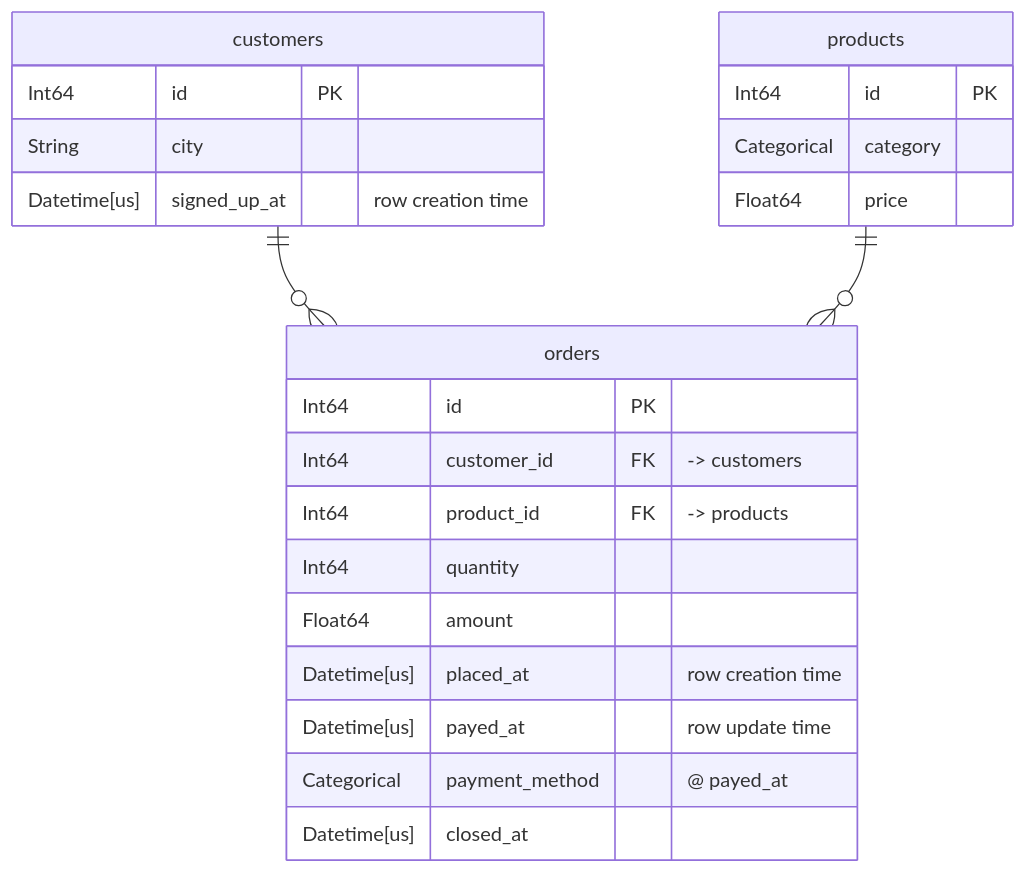
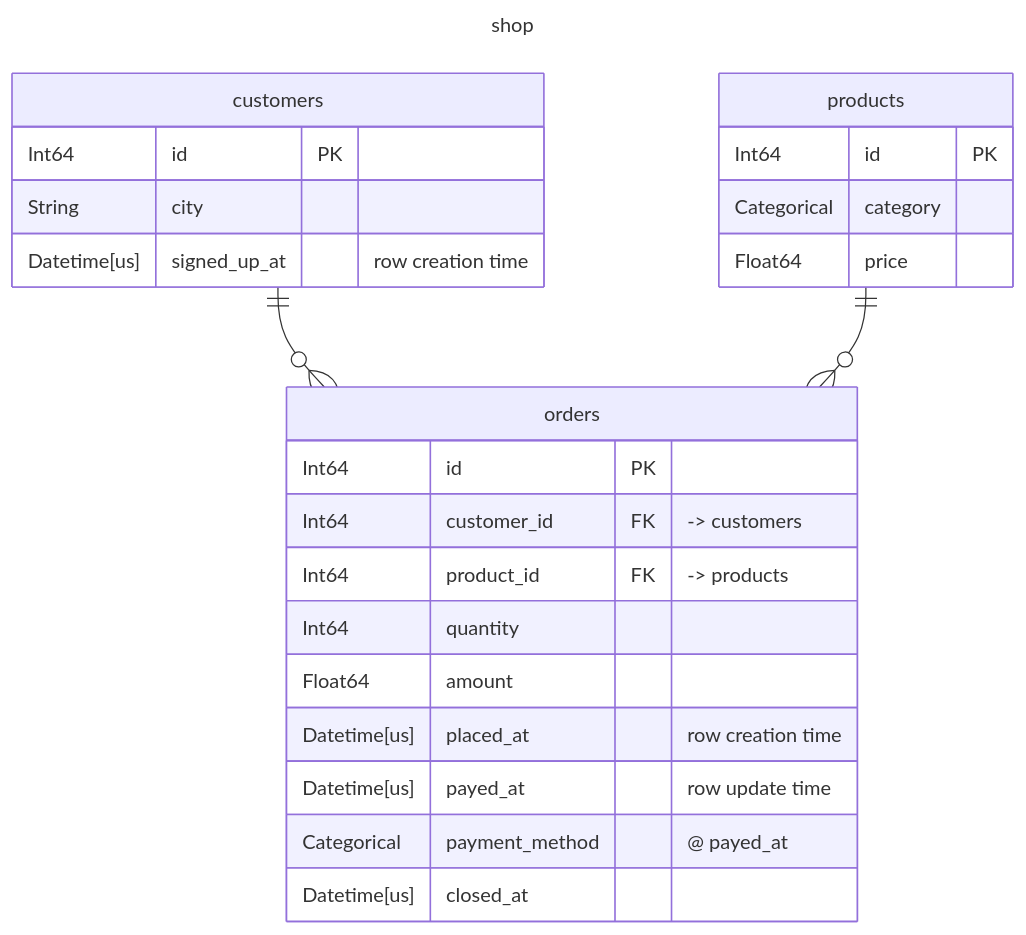
One commit to Excidion/tusk changed the diagram in README.md. Above: the diagram before and after it, drawn with Mermaid. The commit also changed other lines of this file and 5 other files, not shown here.

````diff
--- a/README.md
+++ b/README.md
@@ -81,26 +81,29 @@
 ```mermaid
+---
+title: "shop"
+---
 erDiagram
   "customers" {
     Int64 id PK
     String city
     Datetime[us] signed_up_at "row creation time"
   }
   "products" {
     Int64 id PK
     Categorical category
     Float64 price
   }
   "orders" {
     Int64 id PK
     Int64 customer_id FK "-> customers"
     Int64 product_id FK "-> products"
     Int64 quantity
     Float64 amount
     Datetime[us] placed_at "row creation time"
     Datetime[us] payed_at "row update time"
     Categorical payment_method "@ payed_at"
     Datetime[us] closed_at
   }
   "customers" 1 to 0+ "orders" : ""
   "products" 1 to 0+ "orders" : ""
 ```
````
